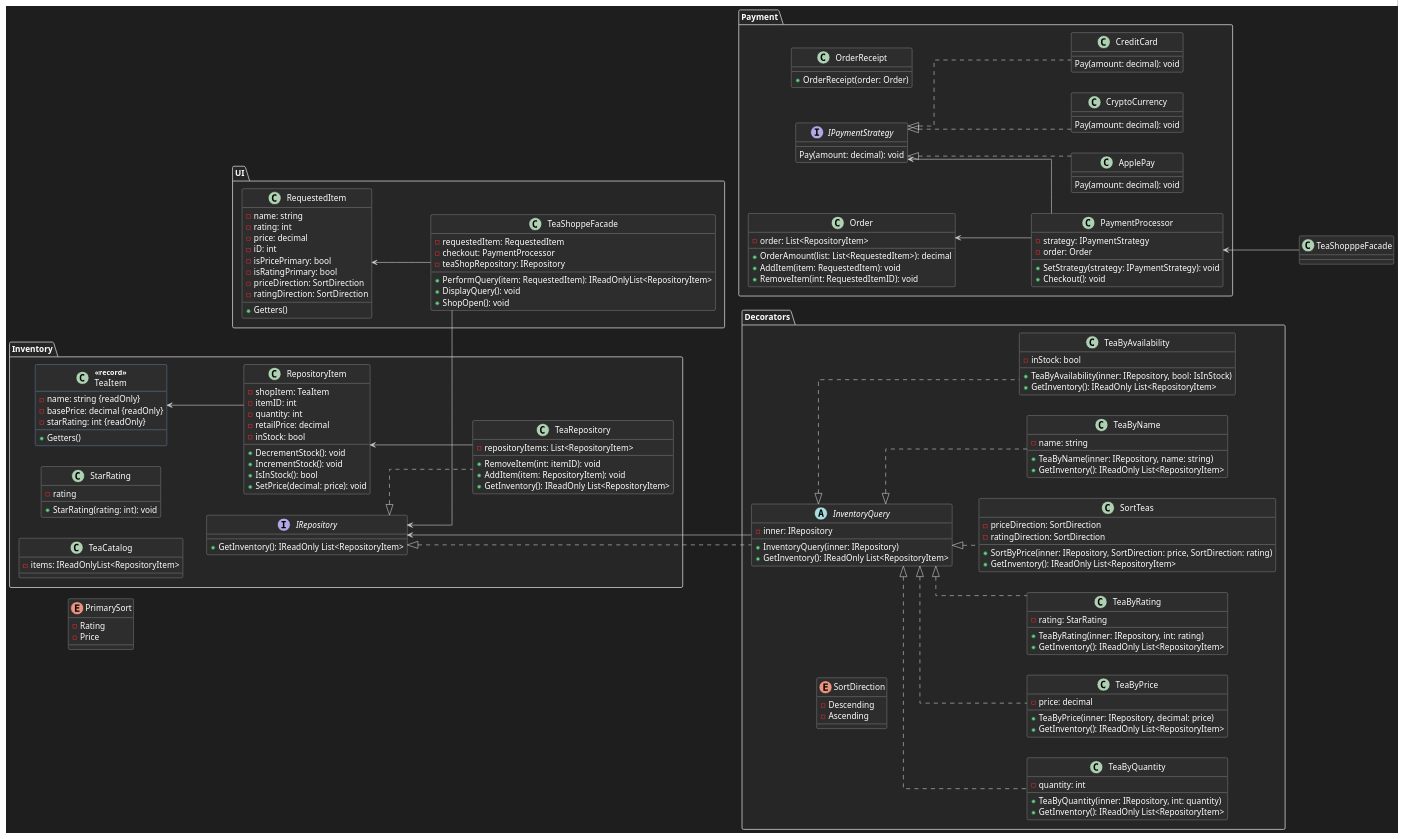
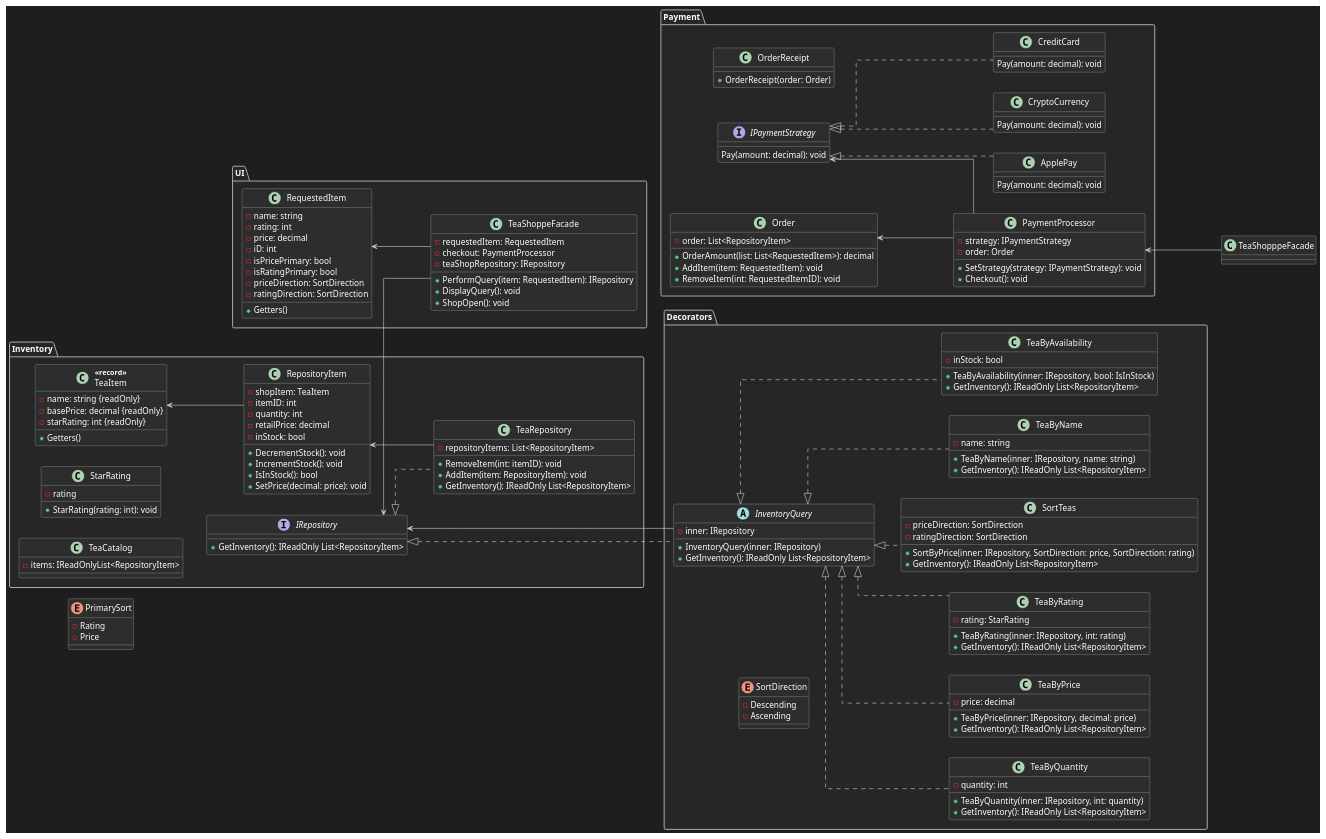
The diagram in tea-shoppe/TeaShoppe/docs/design.puml (Oddwyer/SWE4743_OOD_Assignments), drawn with PlantUML before and after one commit. The commit also changed 4 other files, not shown here.

```diff
--- a/tea-shoppe/TeaShoppe/docs/design.puml
+++ b/tea-shoppe/TeaShoppe/docs/design.puml
@@ -181,7 +181,7 @@
 - requestedItem: RequestedItem
 - checkout: PaymentProcessor
 - teaShopRepository: IRepository
-+ PerformQuery(item: RequestedItem): IReadOnlyList<RepositoryItem>
++ PerformQuery(item: RequestedItem): IRepository
 + DisplayQuery(): void
 + ShopOpen(): void 
 }
```
